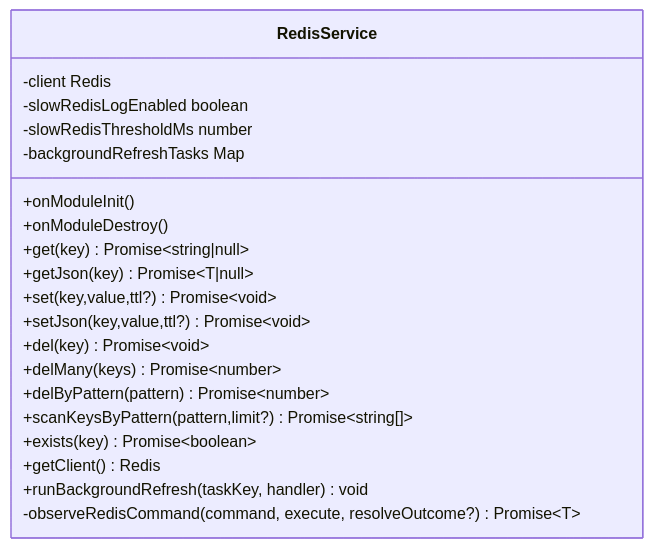
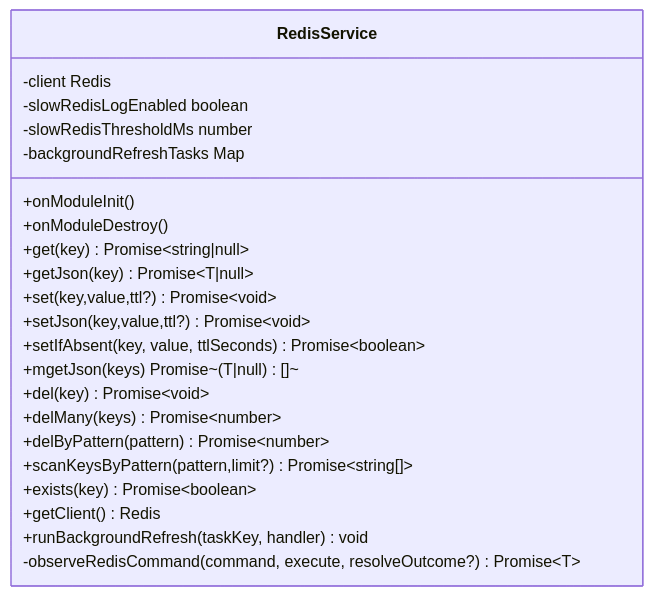
One commit to rc558620/purelyprofit-server changed the sixth of 9 diagrams in .qoder/repowiki/zh/content/缓存系统/缓存系统.md. Above: the diagram before and after it, drawn with Mermaid. The commit also changed other lines of this file and 65 other files, not shown here.

````diff
--- a/.qoder/repowiki/zh/content/缓存系统/缓存系统.md
+++ b/.qoder/repowiki/zh/content/缓存系统/缓存系统.md
@@ -293,23 +300,25 @@
 ```mermaid
 classDiagram
 class RedisService {
 -client Redis
 -slowRedisLogEnabled boolean
 -slowRedisThresholdMs number
 -backgroundRefreshTasks Map
 +onModuleInit()
 +onModuleDestroy()
 +get(key) Promise~string|null~
 +getJson(key) Promise~T|null~
 +set(key,value,ttl?) Promise~void~
 +setJson(key,value,ttl?) Promise~void~
++setIfAbsent(key, value, ttlSeconds) Promise~boolean~
++mgetJson<T>(keys) Promise~(T|null)[]~
 +del(key) Promise~void~
 +delMany(keys) Promise~number~
 +delByPattern(pattern) Promise~number~
 +scanKeysByPattern(pattern,limit?) Promise~string[]~
 +exists(key) Promise~boolean~
 +getClient() Redis
 +runBackgroundRefresh(taskKey, handler) void
 -observeRedisCommand(command, execute, resolveOutcome?) Promise~T~
 }
 ```
````
